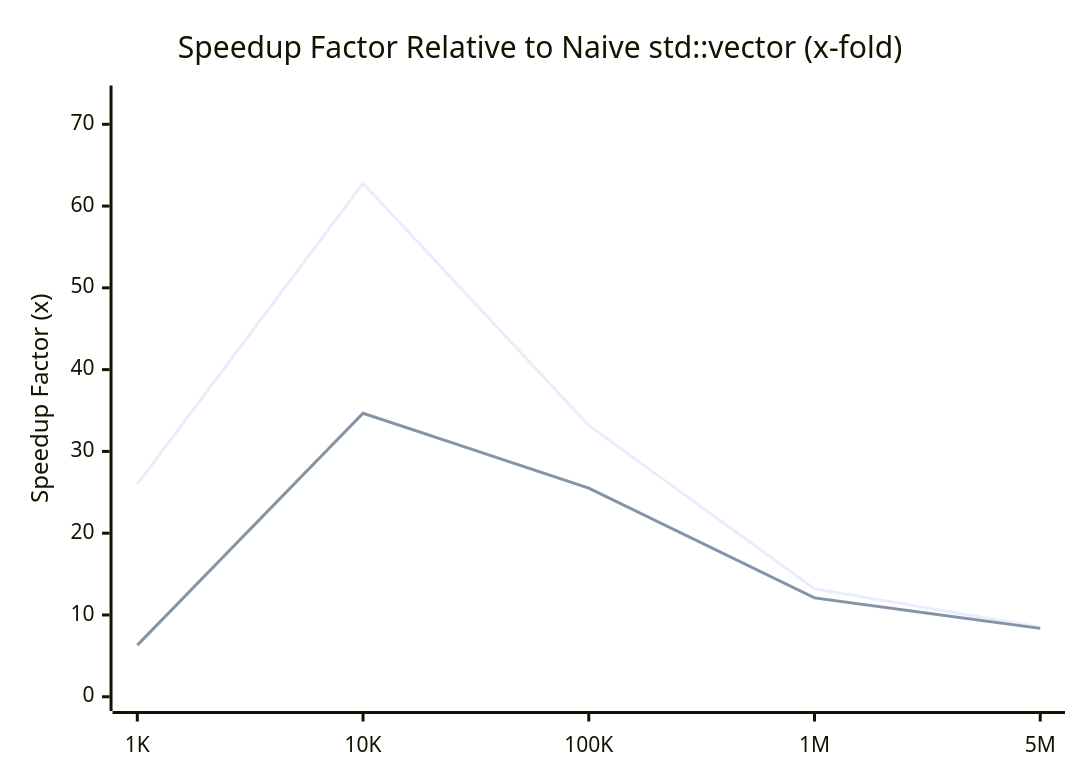
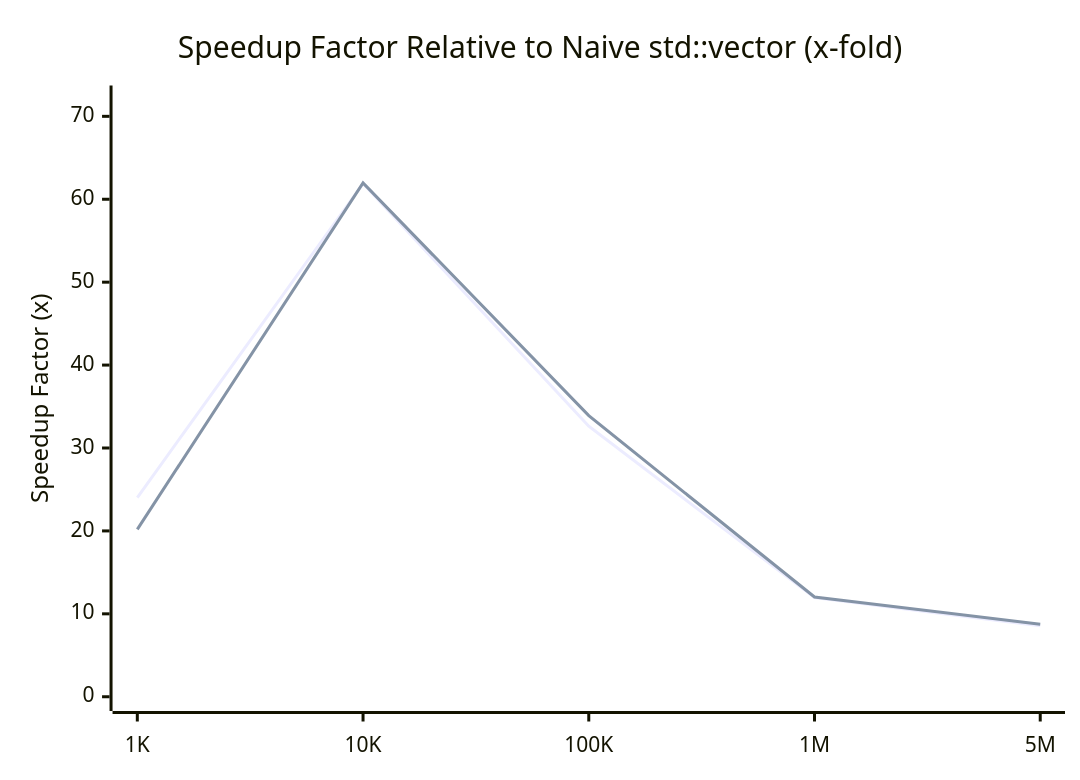
The second of 2 diagrams in README.md (maithreyanprabhu2907-prog/Vector), drawn with Mermaid before and after one commit. The commit also changed other lines of this file and 3 other files, not shown here.

Commit message:
Exploit -Ofast and microarchitectural optimizations to push vector math performance to hardware limits

````diff
--- a/README.md
+++ b/README.md
@@ -126,8 +126,8 @@
 ```mermaid
 xychart-beta
     title "Speedup Factor Relative to Naive std::vector (x-fold)"
     x-axis ["1K", "10K", "100K", "1M", "5M"]
-    y-axis "Speedup Factor (x)" 0 --> 73
-    line [26.01, 62.78, 33.18, 13.20, 8.51]
-    line [6.31, 34.67, 25.52, 12.09, 8.36]
+    y-axis "Speedup Factor (x)" 0 --> 72
+    line [24.03, 61.90, 32.63, 11.95, 8.57]
+    line [20.19, 61.98, 33.90, 12.03, 8.74]
 ```
````
